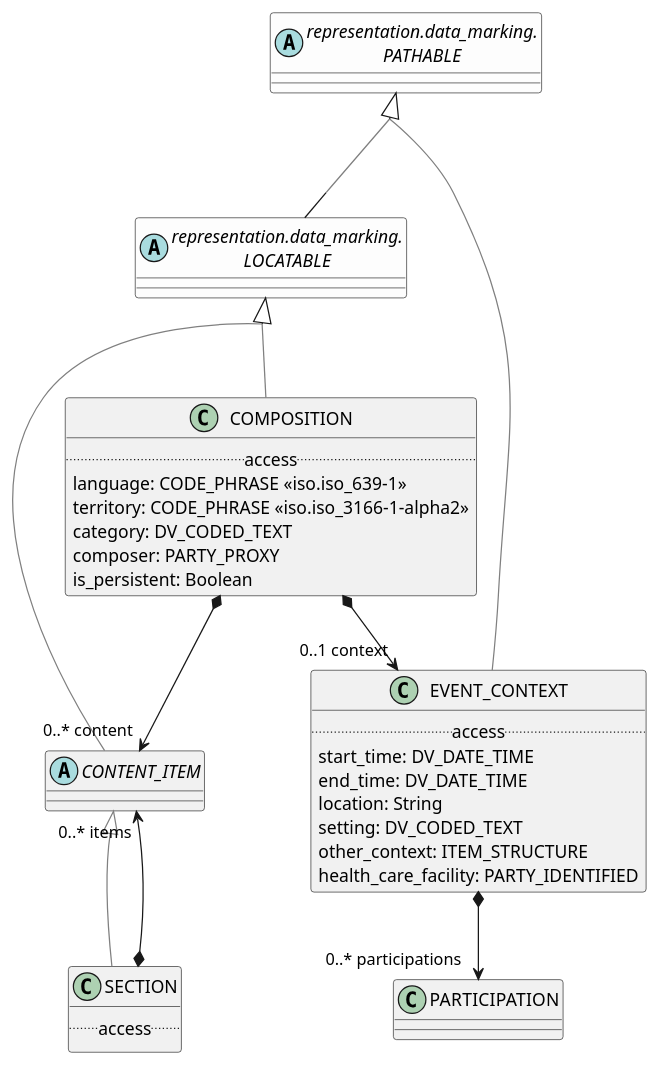
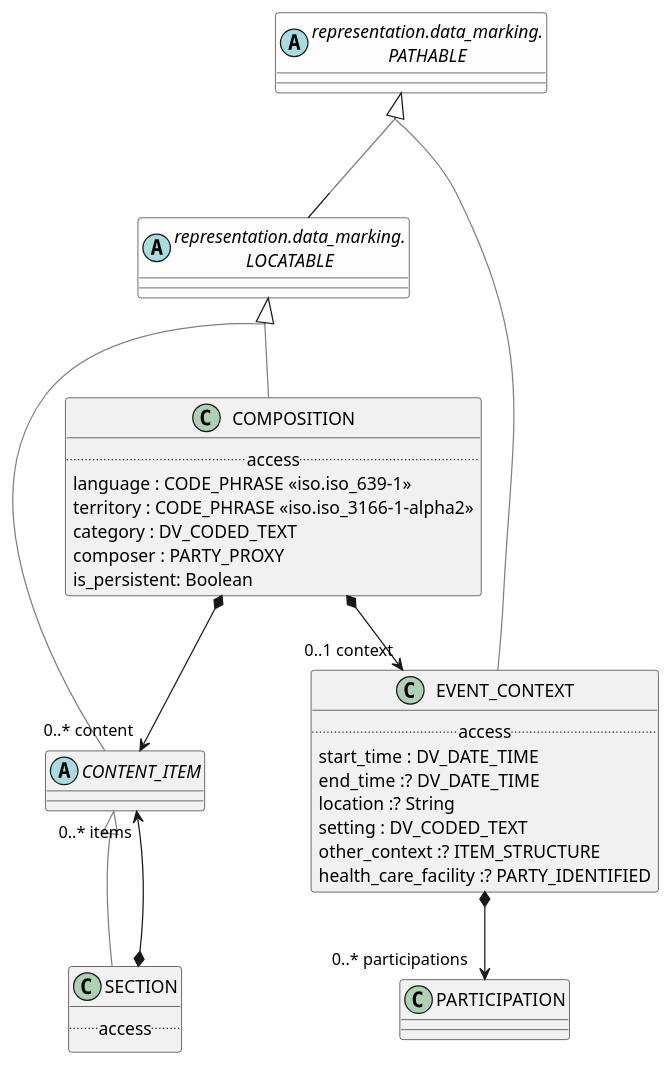
One commit to wolandscat/openehr-doc changed the diagram in modules/ROOT/examples/bmm/foundation/subject_record/composition/composition-package-uml.adoc. Above: the diagram before and after it, drawn with PlantUML. The commit also changed 1814 other files, not shown here.

```diff
--- a/modules/ROOT/examples/bmm/foundation/subject_record/composition/composition-package-uml.adoc
+++ b/modules/ROOT/examples/bmm/foundation/subject_record/composition/composition-package-uml.adoc
@@ -3,59 +3,59 @@
 [plantuml,opts=interactive,link=self]
 ....
 skinparam groupInheritance 2
 skinparam citedClassColor #FDFDFD
 
 
 LOCATABLE -[#gray]up-|> PATHABLE  
 
 class EVENT_CONTEXT [[/openehr-doc/latest/foundation/subject_record-gen.html#_class_event_context]] {
         .. access ..
-        start_time: DV_DATE_TIME
-        end_time: DV_DATE_TIME
-        location: String
-        setting: DV_CODED_TEXT
-        other_context: ITEM_STRUCTURE
-        health_care_facility: PARTY_IDENTIFIED
+        start_time : DV_DATE_TIME
+        end_time :? DV_DATE_TIME
+        location :? String
+        setting : DV_CODED_TEXT
+        other_context :? ITEM_STRUCTURE
+        health_care_facility :? PARTY_IDENTIFIED
 }
 
 EVENT_CONTEXT -[#gray]up-|> PATHABLE  
 
 
 EVENT_CONTEXT *--> "0..* participations" PARTICIPATION
 
 abstract class CONTENT_ITEM [[/openehr-doc/latest/foundation/subject_record-gen.html#_class_content_item]] {
 }
 
 CONTENT_ITEM -[#gray]up-|> LOCATABLE  
 
 
 class SECTION [[/openehr-doc/latest/foundation/subject_record-gen.html#_class_section]] {
         .. access ..
 }
 
 SECTION -[#gray]up-|> CONTENT_ITEM  
 
 
 SECTION *--> "0..* items" CONTENT_ITEM
 
 class COMPOSITION [[/openehr-doc/latest/foundation/subject_record-gen.html#_class_composition]] {
         .. access ..
-        language: CODE_PHRASE «iso.iso_639-1»
-        territory: CODE_PHRASE «iso.iso_3166-1-alpha2»
-        category: DV_CODED_TEXT
-        composer: PARTY_PROXY
+        language : CODE_PHRASE «iso.iso_639-1»
+        territory : CODE_PHRASE «iso.iso_3166-1-alpha2»
+        category : DV_CODED_TEXT
+        composer : PARTY_PROXY
         is_persistent: Boolean
 }
 
 COMPOSITION -[#gray]up-|> LOCATABLE  
 
 
 COMPOSITION *--> "0..1 context" EVENT_CONTEXT
 
 COMPOSITION *--> "0..* content" CONTENT_ITEM
 abstract class "representation.data_marking.\nPATHABLE" as PATHABLE  [[/openehr-doc/latest/representation/data_marking-gen.html#_class_pathable]] #FDFDFD {
 }
 abstract class "representation.data_marking.\nLOCATABLE" as LOCATABLE  [[/openehr-doc/latest/representation/data_marking-gen.html#_class_locatable]] #FDFDFD {
 }
 
 ....
```
